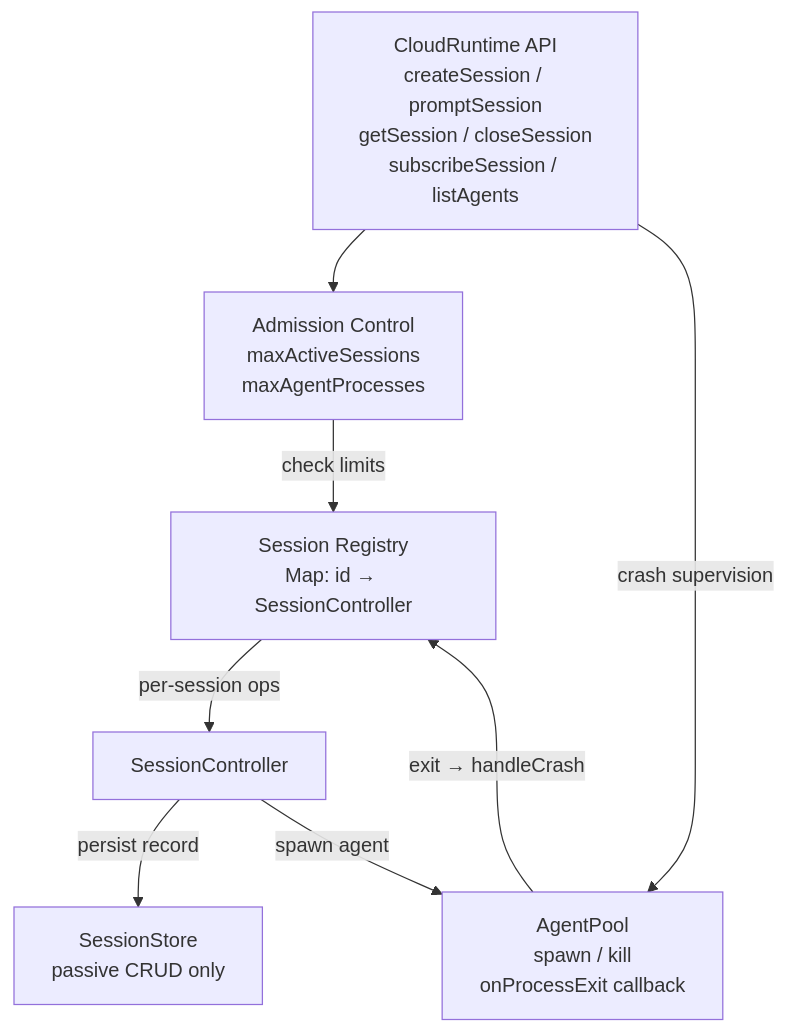
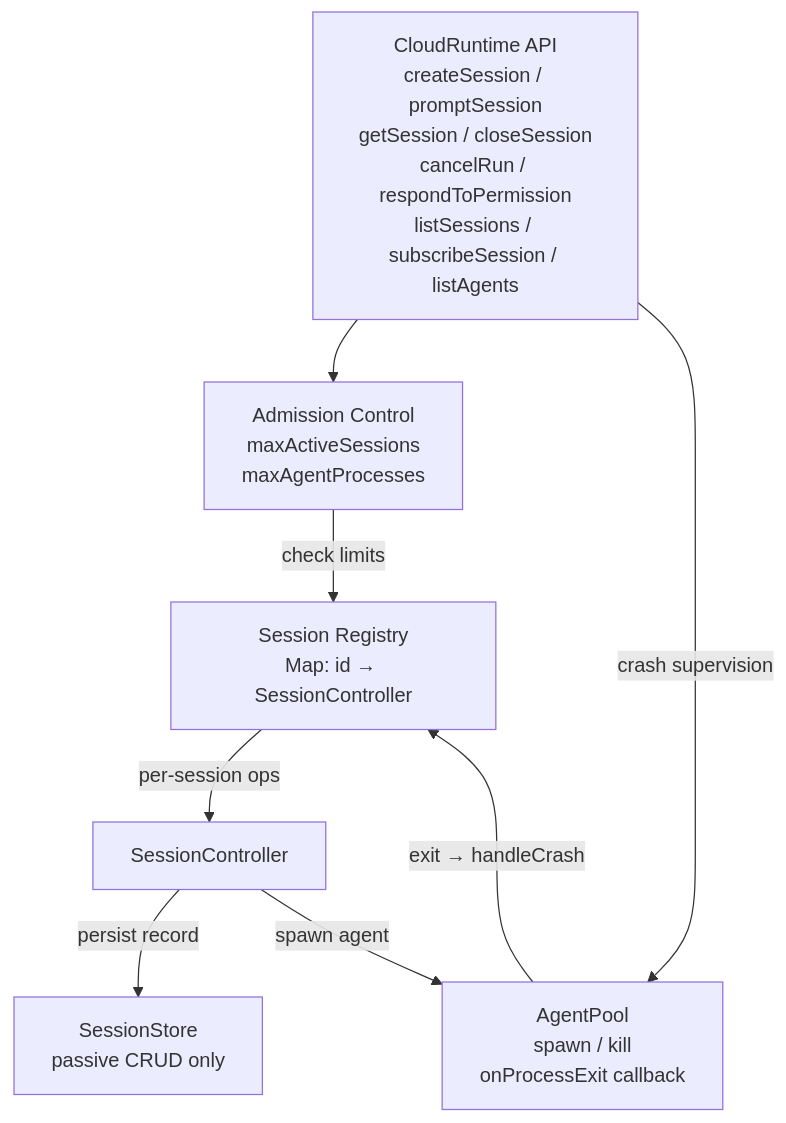
One commit to RoacherM/acp-cloud changed the diagram in docs/diagrams/2-runtime-internals.mmd. Above: the diagram before and after it, drawn with Mermaid. The commit also changed 5 other files, not shown here.

First line of the commit message:
docs: sync architecture, deployment, diagrams with actual codebase

```diff
--- a/docs/diagrams/2-runtime-internals.mmd
+++ b/docs/diagrams/2-runtime-internals.mmd
@@ -1,14 +1,14 @@
 graph TD
-    API["CloudRuntime API<br/>createSession / promptSession<br/>getSession / closeSession<br/>subscribeSession / listAgents"]
+    API["CloudRuntime API<br/>createSession / promptSession<br/>getSession / closeSession<br/>cancelRun / respondToPermission<br/>listSessions / subscribeSession / listAgents"]
     ADM["Admission Control<br/>maxActiveSessions<br/>maxAgentProcesses"]
     REG["Session Registry<br/>Map: id → SessionController"]
     POOL["AgentPool<br/>spawn / kill<br/>onProcessExit callback"]
     STORE["SessionStore<br/>passive CRUD only"]
 
     API --> ADM
     ADM -->|"check limits"| REG
     REG -->|"per-session ops"| SC["SessionController"]
     API -->|"crash supervision"| POOL
     POOL -->|"exit → handleCrash"| REG
     SC -->|"persist record"| STORE
     SC -->|"spawn agent"| POOL
```
